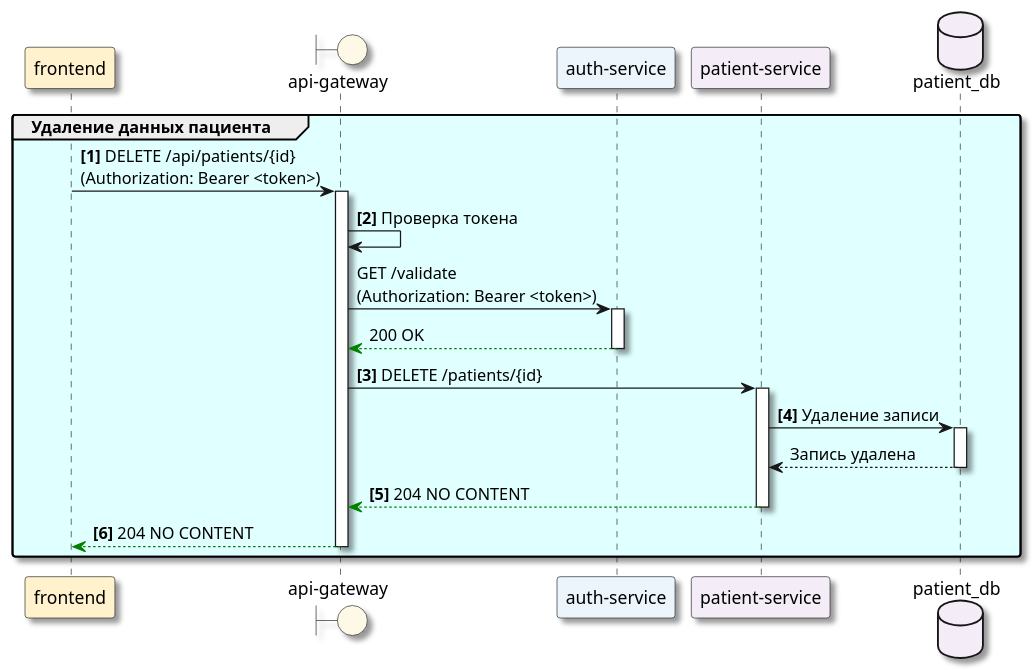
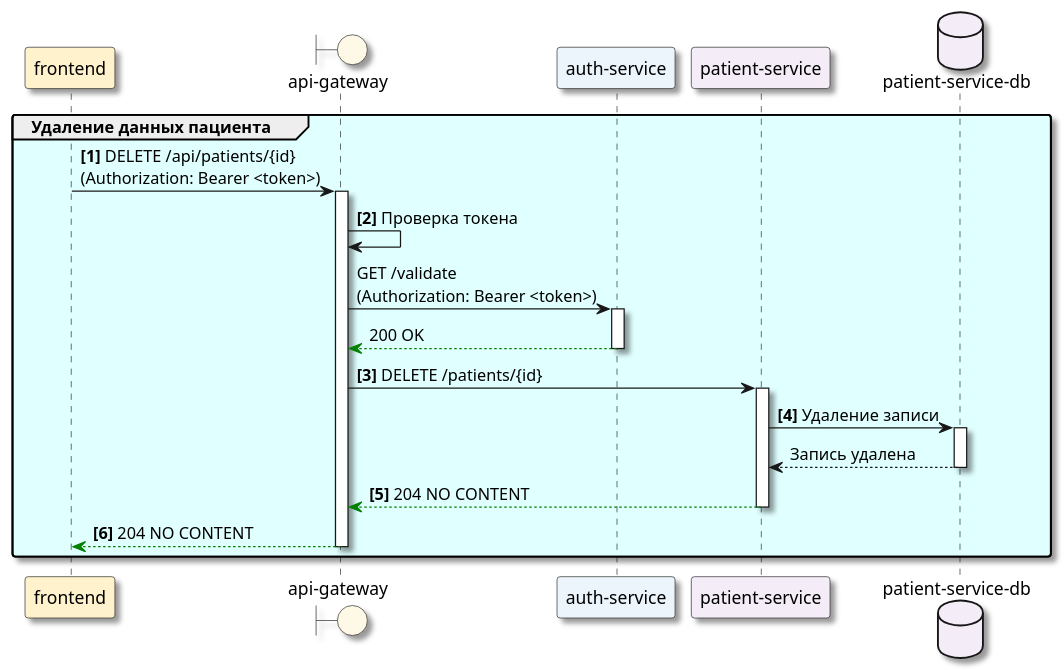
The diagram in Docs/As-is/Diagrams/DeletePatient.puml (ni1a207/Healthcare-System), drawn with PlantUML before and after one commit. The commit also changed 37 other files, not shown here.

```diff
--- a/Docs/As-is/Diagrams/DeletePatient.puml
+++ b/Docs/As-is/Diagrams/DeletePatient.puml
@@ -1,32 +1,32 @@
 @startuml
 skinparam Shadowing true
 skinparam RoundCorner 5
 skinparam MaxMessageSize 250
 
 participant "frontend" as SPA #FFF2CC
 
 boundary "api-gateway" as GW #FEF9E7
 
 
 participant "auth-service" as Auth #EBF5FB
 participant "patient-service" as PS #F4ECF7
-database "patient_db" as DB #F4ECF7
+database "patient-service-db" as DB #F4ECF7
 
 group #LightCyan Удаление данных пациента
 
     SPA -> GW ++: **[1]** DELETE /api/patients/{id}\n(Authorization: Bearer <token>)
 
     GW -> GW: **[2]** Проверка токена
     GW -> Auth ++: GET /validate\n(Authorization: Bearer <token>)
     Auth --[#green]> GW --: 200 OK
 
     GW -> PS ++: **[3]** DELETE /patients/{id}
 
     PS -> DB ++: **[4]** Удаление записи
     DB --> PS --: Запись удалена
 
     PS --[#green]> GW --: **[5]** 204 NO CONTENT
     GW --[#green]> SPA --: **[6]** 204 NO CONTENT
 
 end
 @enduml
```
